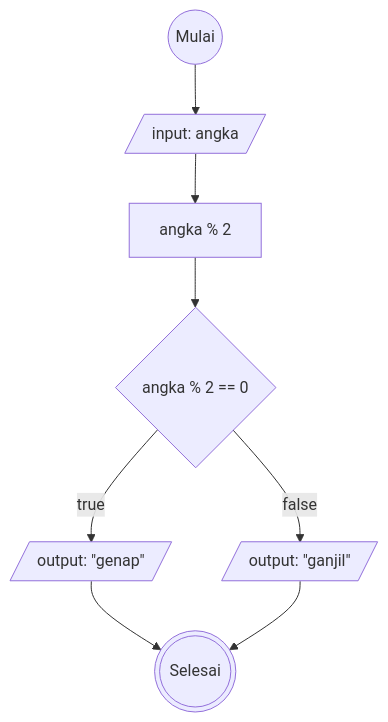
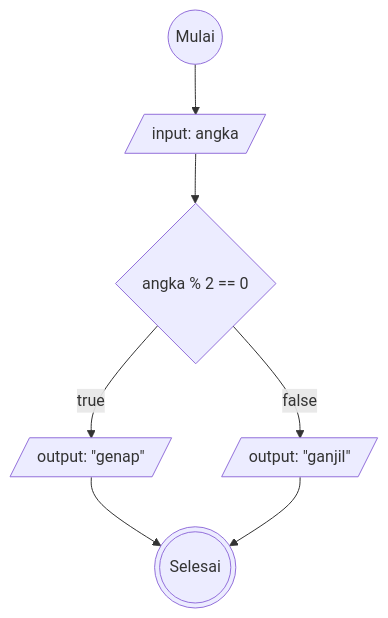
The diagram in flowchart-ganjil-genap.md (Arif14377/koda-b6-algoritma), drawn with Mermaid before and after one commit.

````diff
--- a/flowchart-ganjil-genap.md
+++ b/flowchart-ganjil-genap.md
@@ -1,19 +1,17 @@
 ```mermaid
 flowchart TD
 start@{shape: circle, label: "Mulai"}
 stop@{shape: dbl-circ, label: "Selesai"}
 input@{ shape: lean-r, label: "input: angka"}
-proses@{ shape: rect, label: "angka % 2" }
 decision@{ shape: diamond, label: "angka % 2 == 0" }
 ganjil@{ shape: lean-r, label: 'output: "ganjil"'}
 genap@{ shape: lean-r, label: 'output: "genap"'}
 
  start-->input
- input-->proses
- proses-->decision
+ input-->decision
  decision-- true --> genap
  decision-- false --> ganjil
  genap-->stop
  ganjil-->stop
 
 ```
````
